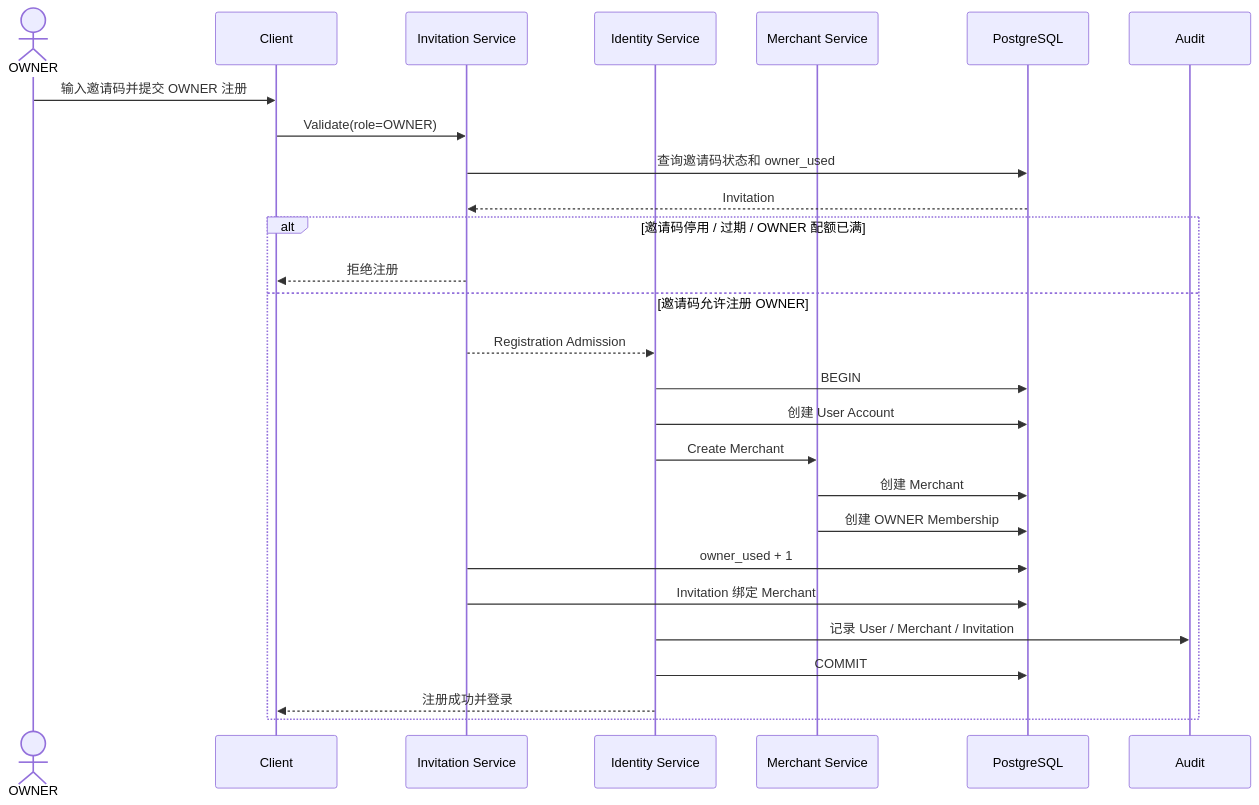
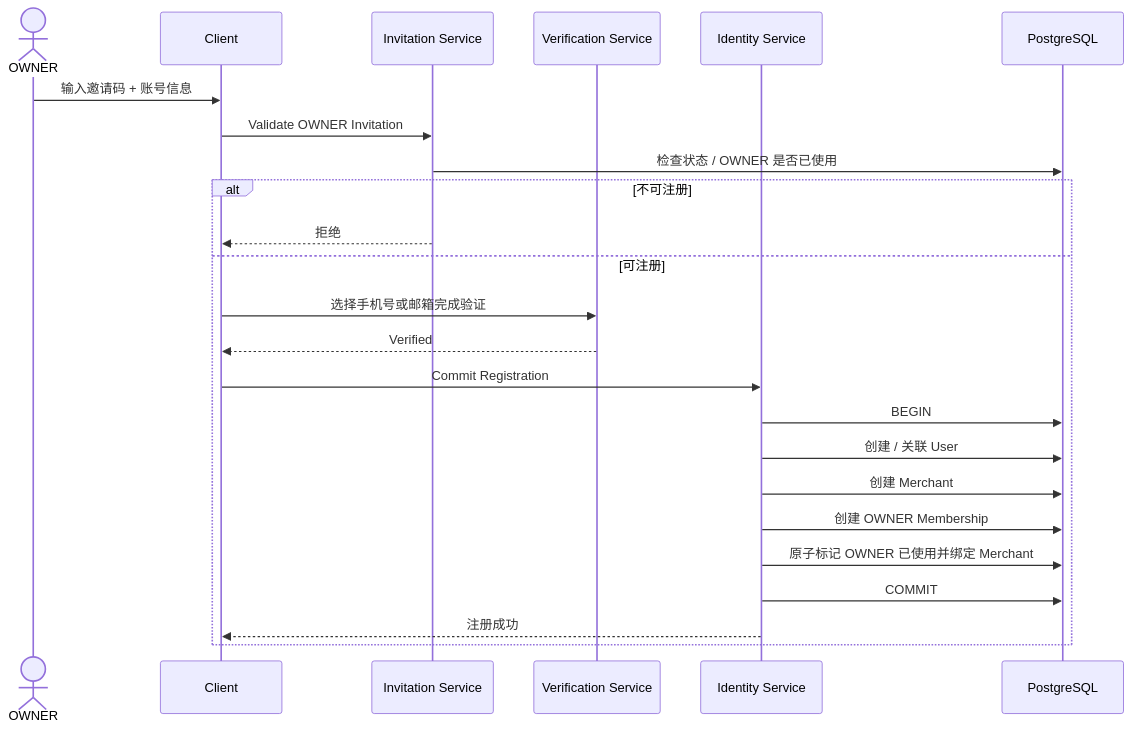
Before and after one commit to sxyq/mastergoods: the second of 3 diagrams in docs/system-design/01-账户与身份/01-注册与邀请码.md, drawn with Mermaid. The commit also changed other lines of this file and 10 other files, not shown here.

````diff
--- a/docs/system-design/01-账户与身份/01-注册与邀请码.md
+++ b/docs/system-design/01-账户与身份/01-注册与邀请码.md
@@ -69,32 +42,28 @@
 ```mermaid
 sequenceDiagram
     actor O as OWNER
     participant C as Client
     participant INV as Invitation Service
+    participant VERIFY as Verification Service
     participant IAM as Identity Service
-    participant M as Merchant Service
     participant DB as PostgreSQL
-    participant AUDIT as Audit
 
-    O->>C: 输入邀请码并提交 OWNER 注册
-    C->>INV: Validate(role=OWNER)
+    O->>C: 输入邀请码 + 账号信息
+    C->>INV: Validate OWNER Invitation
+    INV->>DB: 检查状态 / OWNER 是否已使用
 
-    INV->>DB: 查询邀请码状态和 owner_used
-    DB-->>INV: Invitation
-
-    alt 邀请码停用 / 过期 / OWNER 配额已满
-        INV-->>C: 拒绝注册
-    else 邀请码允许注册 OWNER
-        INV-->>IAM: Registration Admission
+    alt 不可注册
+        INV-->>C: 拒绝
+    else 可注册
+        C->>VERIFY: 选择手机号或邮箱完成验证
+        VERIFY-->>C: Verified
+        C->>IAM: Commit Registration
         IAM->>DB: BEGIN
-        IAM->>DB: 创建 User Account
-        IAM->>M: Create Merchant
-        M->>DB: 创建 Merchant
-        M->>DB: 创建 OWNER Membership
-        INV->>DB: owner_used + 1
-        INV->>DB: Invitation 绑定 Merchant
-        IAM->>AUDIT: 记录 User / Merchant / Invitation
+        IAM->>DB: 创建 / 关联 User
+        IAM->>DB: 创建 Merchant
+        IAM->>DB: 创建 OWNER Membership
+        IAM->>DB: 原子标记 OWNER 已使用并绑定 Merchant
         IAM->>DB: COMMIT
-        IAM-->>C: 注册成功并登录
+        IAM-->>C: 注册成功
     end
 ```
````
